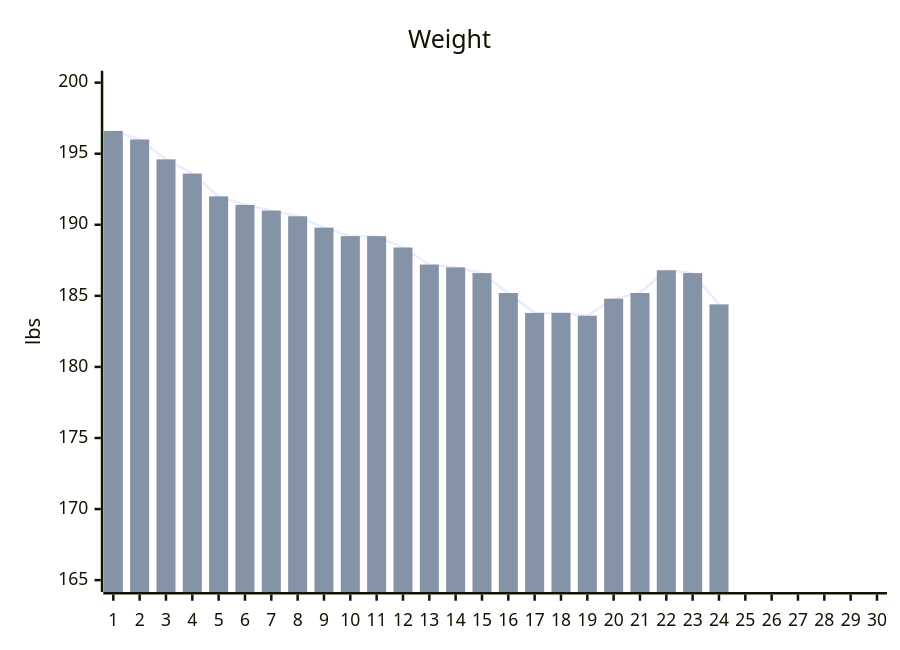
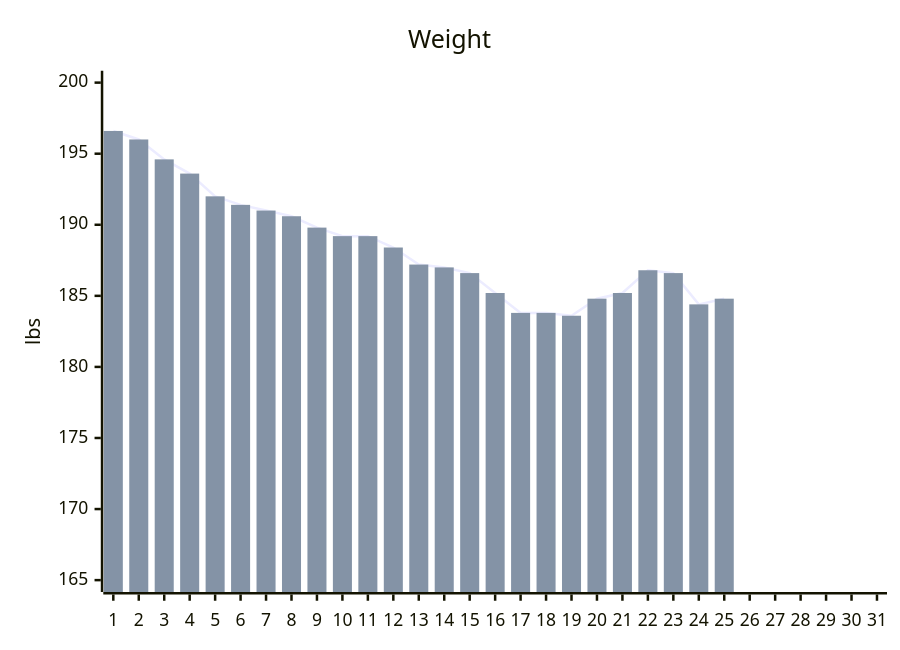
One commit to stevenelson35/stevenelson35.github.io changed the diagram in all_collections/_personal/goals.md. Above: the diagram before and after it, drawn with Mermaid. The commit also changed other lines of this file, not shown here.

```diff
--- a/all_collections/_personal/goals.md
+++ b/all_collections/_personal/goals.md
@@ -11,8 +11,8 @@
 <pre class="mermaid" >
   xychart-beta
     title "Weight" 
-    x-axis [1, 2, 3, 4, 5, 6, 7, 8, 9, 10, 11, 12, 13, 14, 15, 16, 17, 18, 19, 20, 21, 22, 23, 24, 25, 26, 27, 28, 29, 30] 
+    x-axis [1, 2, 3, 4, 5, 6, 7, 8, 9, 10, 11, 12, 13, 14, 15, 16, 17, 18, 19, 20, 21, 22, 23, 24, 25, 26, 27, 28, 29, 30, 31] 
     y-axis "lbs" 165 --> 200
-    line [196.6, 196.0, 194.6, 193.6, 192.0, 191.4, 191.0, 190.6, 189.8, 189.2, 189.2, 188.4, 187.2, 187.0, 186.6, 185.2, 183.8, 183.8, 183.6, 184.8, 185.2, 186.8, 186.6, 184.4]
-    bar [196.6, 196.0, 194.6, 193.6, 192.0, 191.4, 191.0, 190.6, 189.8, 189.2, 189.2, 188.4, 187.2, 187.0, 186.6, 185.2, 183.8, 183.8, 183.6, 184.8, 185.2, 186.8, 186.6, 184.4]
+    line [196.6, 196.0, 194.6, 193.6, 192.0, 191.4, 191.0, 190.6, 189.8, 189.2, 189.2, 188.4, 187.2, 187.0, 186.6, 185.2, 183.8, 183.8, 183.6, 184.8, 185.2, 186.8, 186.6, 184.4, 184.8]
+    bar [196.6, 196.0, 194.6, 193.6, 192.0, 191.4, 191.0, 190.6, 189.8, 189.2, 189.2, 188.4, 187.2, 187.0, 186.6, 185.2, 183.8, 183.8, 183.6, 184.8, 185.2, 186.8, 186.6, 184.4, 184.8]
 </pre>
```
